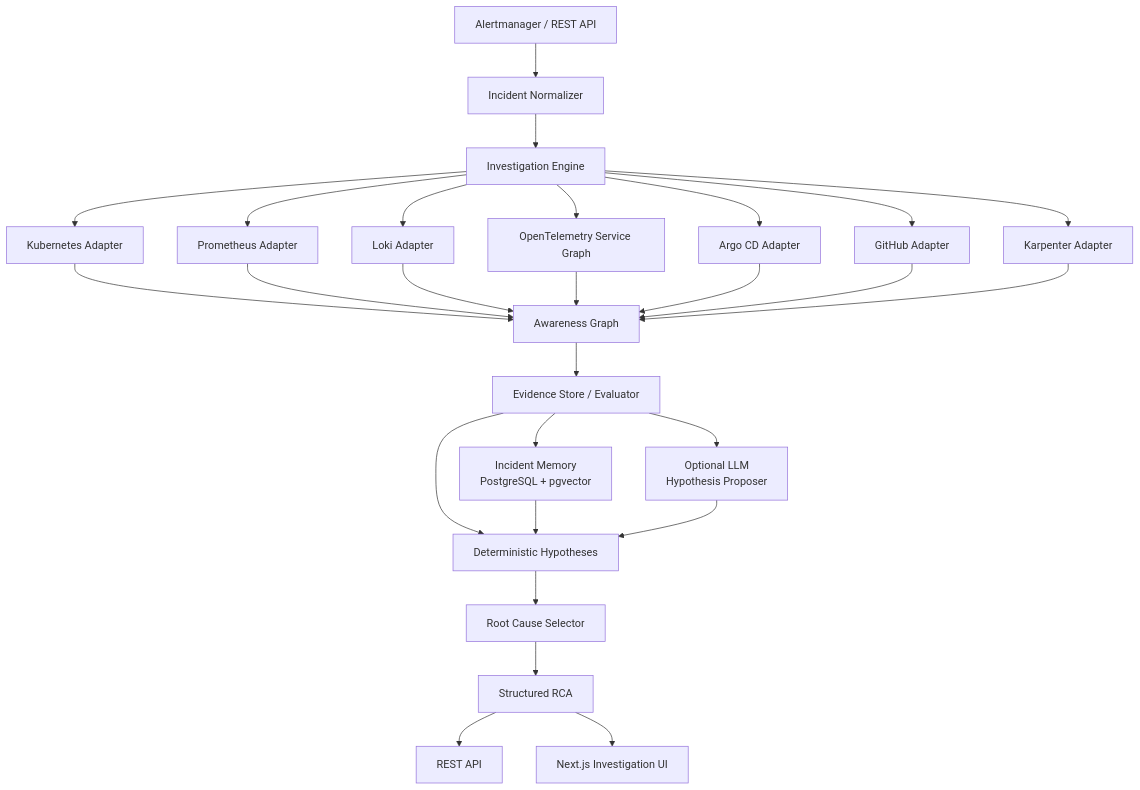
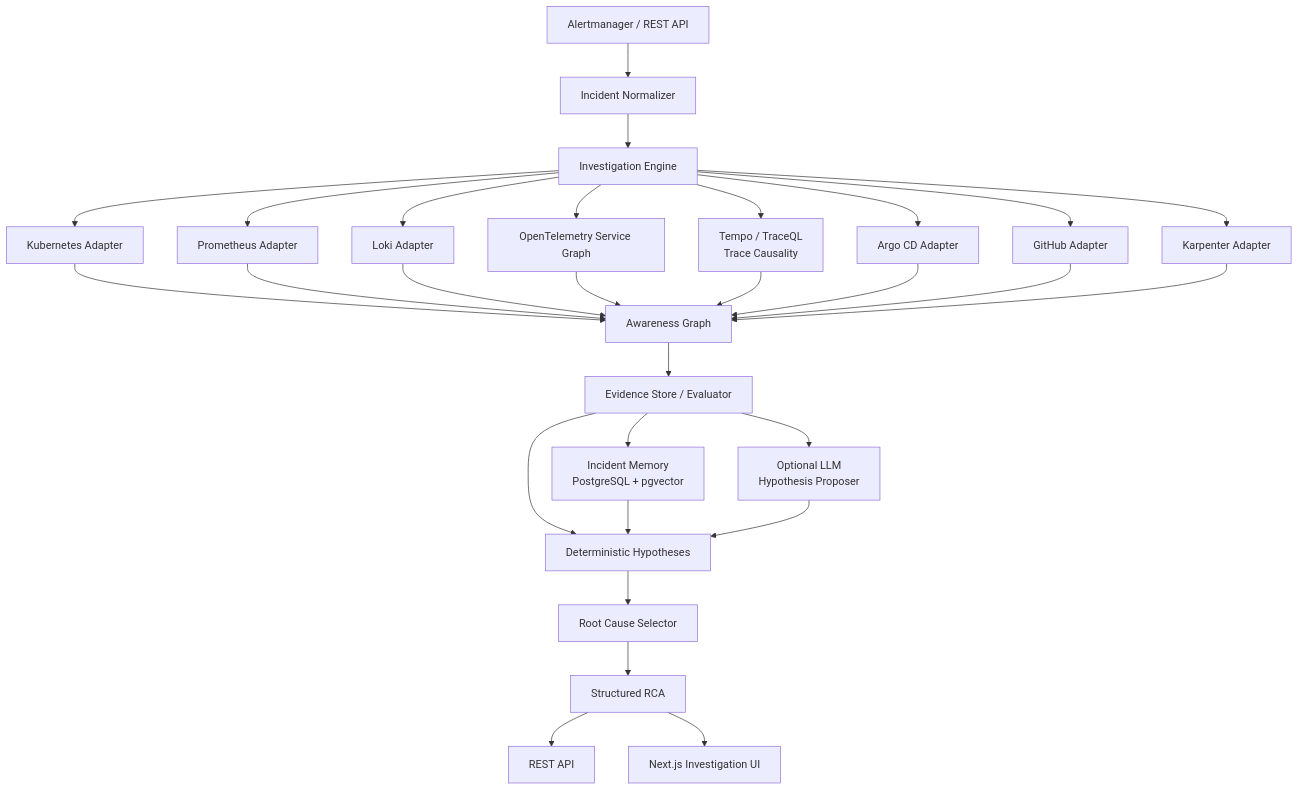
The first of 11 diagrams in docs/architecture.md (marcocristofolini/ai-sre-rca), drawn with Mermaid before and after one commit. The commit also changed other lines of this file, not shown here.

Commit message:
docs: update architecture overview for v0.4

````diff
--- a/docs/architecture.md
+++ b/docs/architecture.md
@@ -7,33 +7,35 @@
 ```mermaid
 flowchart TD
     A[Alertmanager / REST API] --> N[Incident Normalizer]
     N --> I[Investigation Engine]
 
     I --> K[Kubernetes Adapter]
     I --> P[Prometheus Adapter]
     I --> L[Loki Adapter]
     I --> O[OpenTelemetry Service Graph]
+    I --> T[Tempo / TraceQL<br/>Trace Causality]
     I --> AR[Argo CD Adapter]
     I --> GH[GitHub Adapter]
     I --> KA[Karpenter Adapter]
 
     K --> G[Awareness Graph]
     P --> G
     L --> G
     O --> G
+    T --> G
     AR --> G
     GH --> G
     KA --> G
 
     G --> EV[Evidence Store / Evaluator]
     EV --> H[Deterministic Hypotheses]
     EV --> MEM[Incident Memory<br/>PostgreSQL + pgvector]
     EV --> LLM[Optional LLM<br/>Hypothesis Proposer]
 
     MEM --> H
     LLM --> H
     H --> RC[Root Cause Selector]
     RC --> RCA[Structured RCA]
     RCA --> API[REST API]
     RCA --> UI[Next.js Investigation UI]
 ```
````
